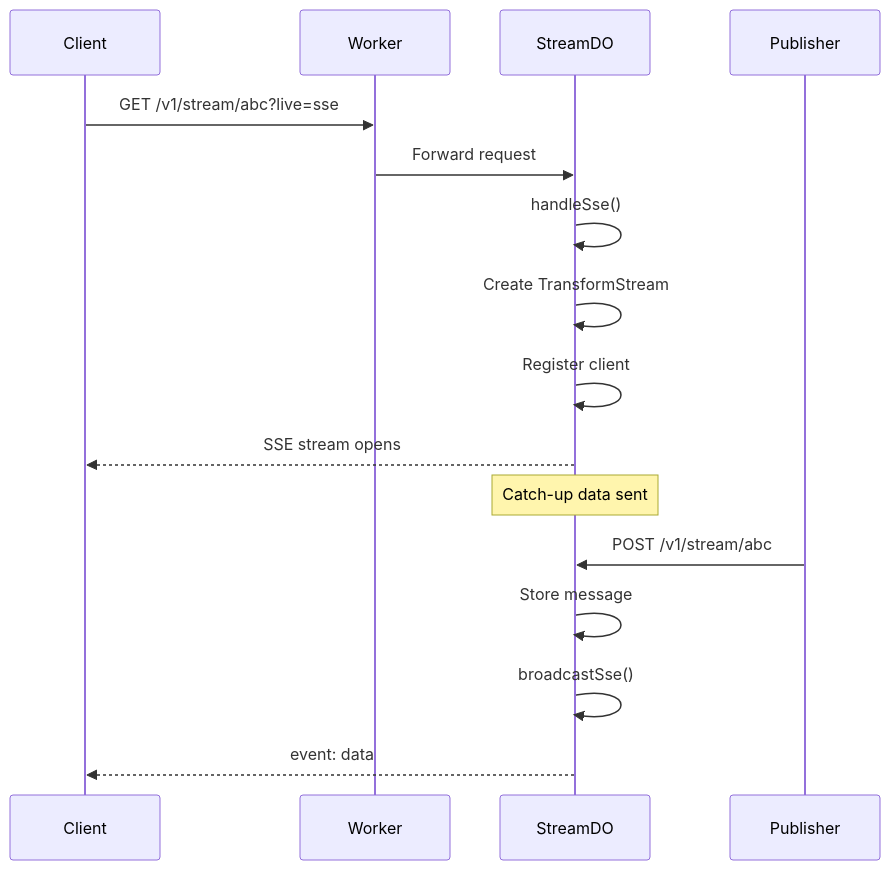
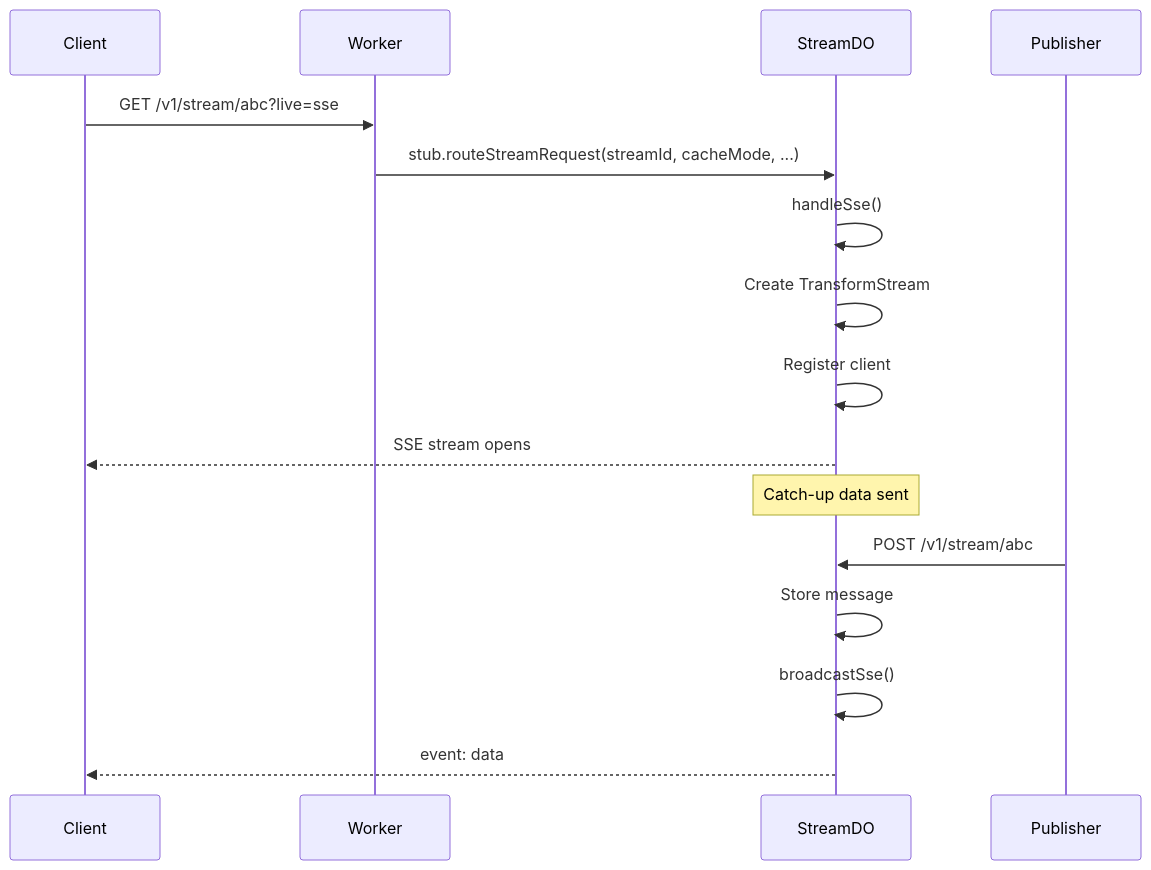
One commit to commoncurriculum/durable-streams-cloudflare changed the fourth of 5 diagrams in packages/docs/core.md. Above: the diagram before and after it, drawn with Mermaid. The commit also changed other lines of this file and 2 other files, not shown here.

First line of the commit message:
docs: update walkthrough to reflect RPC architecture and pluggable auth

````diff
--- a/packages/docs/core.md
+++ b/packages/docs/core.md
@@ -338,21 +338,21 @@
 ```mermaid
 sequenceDiagram
     participant C as Client
     participant W as Worker
     participant DO as StreamDO
 
     C->>W: GET /v1/stream/abc?live=sse
-    W->>DO: Forward request
+    W->>DO: stub.routeStreamRequest(streamId, cacheMode, ...)
     DO->>DO: handleSse()
     DO->>DO: Create TransformStream
     DO->>DO: Register client
     DO-->>C: SSE stream opens
 
     Note over DO: Catch-up data sent
 
     participant P as Publisher
     P->>DO: POST /v1/stream/abc
     DO->>DO: Store message
     DO->>DO: broadcastSse()
     DO-->>C: event: data
 ```
````
